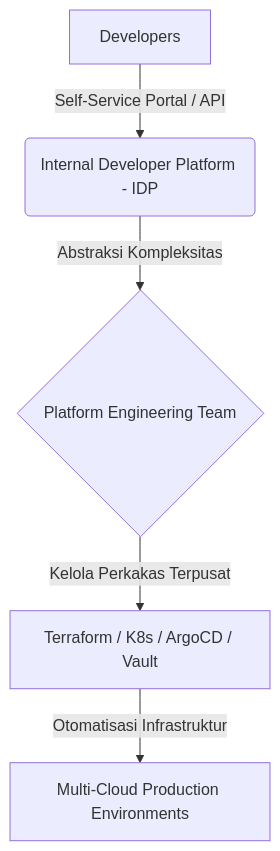
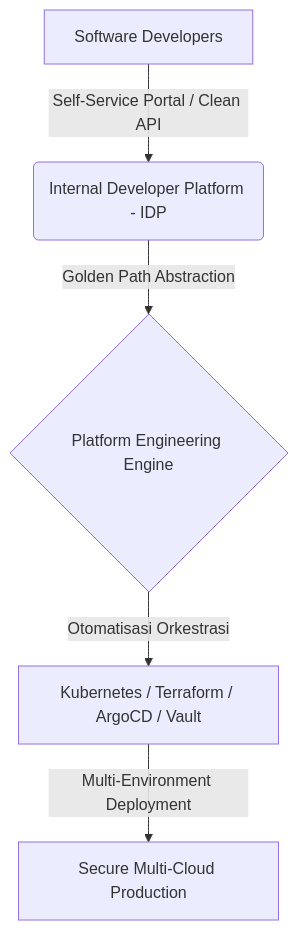
One commit to abdul-zailani/abdul-zailani.github.io changed the second of 2 diagrams in _posts/2026-08-16-overload-tooling-devops-modern.md. Above: the diagram before and after it, drawn with Mermaid. The commit also changed other lines of this file and 21 other files, not shown here.

````diff
--- a/_posts/2026-08-16-overload-tooling-devops-modern.md
+++ b/_posts/2026-08-16-overload-tooling-devops-modern.md
@@ -70,7 +56,7 @@
 ```mermaid
 graph TD
-    A[Developers] -->|Self-Service Portal / API| B(Internal Developer Platform - IDP)
-    B -->|Abstraksi Kompleksitas| C{Platform Engineering Team}
-    C -->|Kelola Perkakas Terpusat| D[Terraform / K8s / ArgoCD / Vault]
-    D -->|Otomatisasi Infrastruktur| E[Multi-Cloud Production Environments]
+    A[Software Developers] -->|Self-Service Portal / Clean API| B(Internal Developer Platform - IDP)
+    B -->|Golden Path Abstraction| C{Platform Engineering Engine}
+    C -->|Otomatisasi Orkestrasi| D[Kubernetes / Terraform / ArgoCD / Vault]
+    D -->|Multi-Environment Deployment| E[Secure Multi-Cloud Production]
 ```
````
